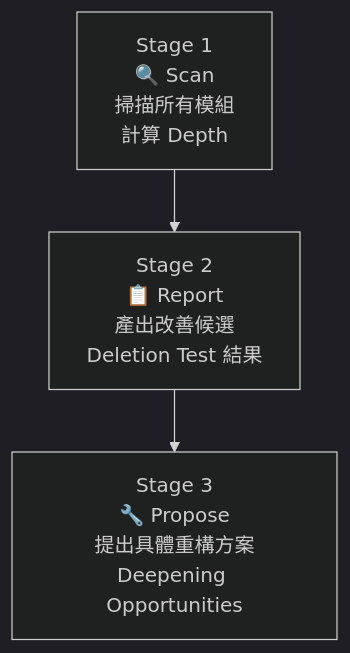
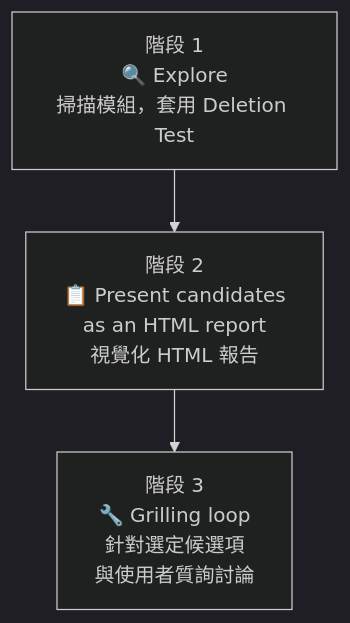
Before and after one commit to chihhung/Blog: diagram 11 of 15 in content/posts/教學/AI開發/mattpocock skills 教學手冊.md, drawn with Mermaid (dark theme). The commit also changed other lines of this file and 3 other files, not shown here.

````diff
--- a/content/posts/教學/AI開發/mattpocock skills 教學手冊.md
+++ b/content/posts/教學/AI開發/mattpocock skills 教學手冊.md
@@ -1897,5 +1908,5 @@
 ```mermaid
 flowchart TD
-    A["Stage 1<br/>🔍 Scan<br/>掃描所有模組<br/>計算 Depth"] --> B["Stage 2<br/>📋 Report<br/>產出改善候選<br/>Deletion Test 結果"]
-    B --> C["Stage 3<br/>🔧 Propose<br/>提出具體重構方案<br/>Deepening Opportunities"]
+    A["階段 1<br/>🔍 Explore<br/>掃描模組，套用 Deletion Test"] --> B["階段 2<br/>📋 Present candidates<br/>as an HTML report<br/>視覺化 HTML 報告"]
+    B --> C["階段 3<br/>🔧 Grilling loop<br/>針對選定候選項<br/>與使用者質詢討論"]
 ```
````
